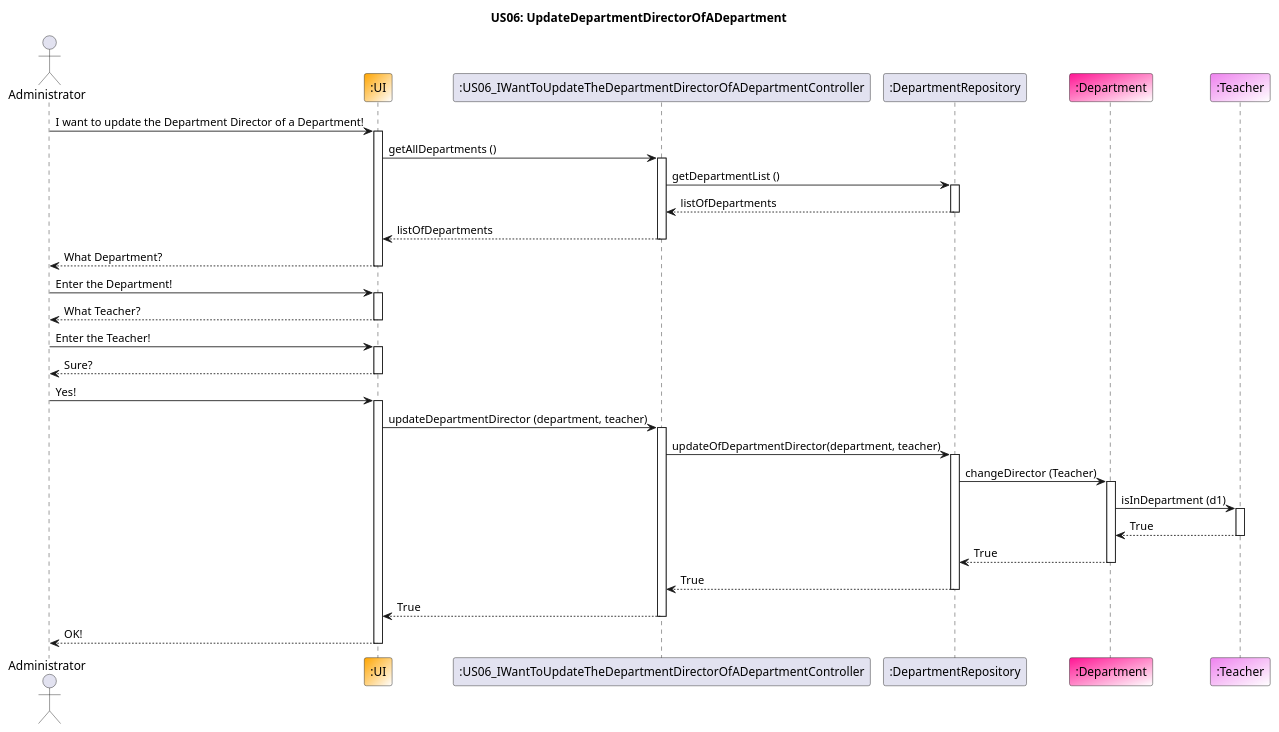
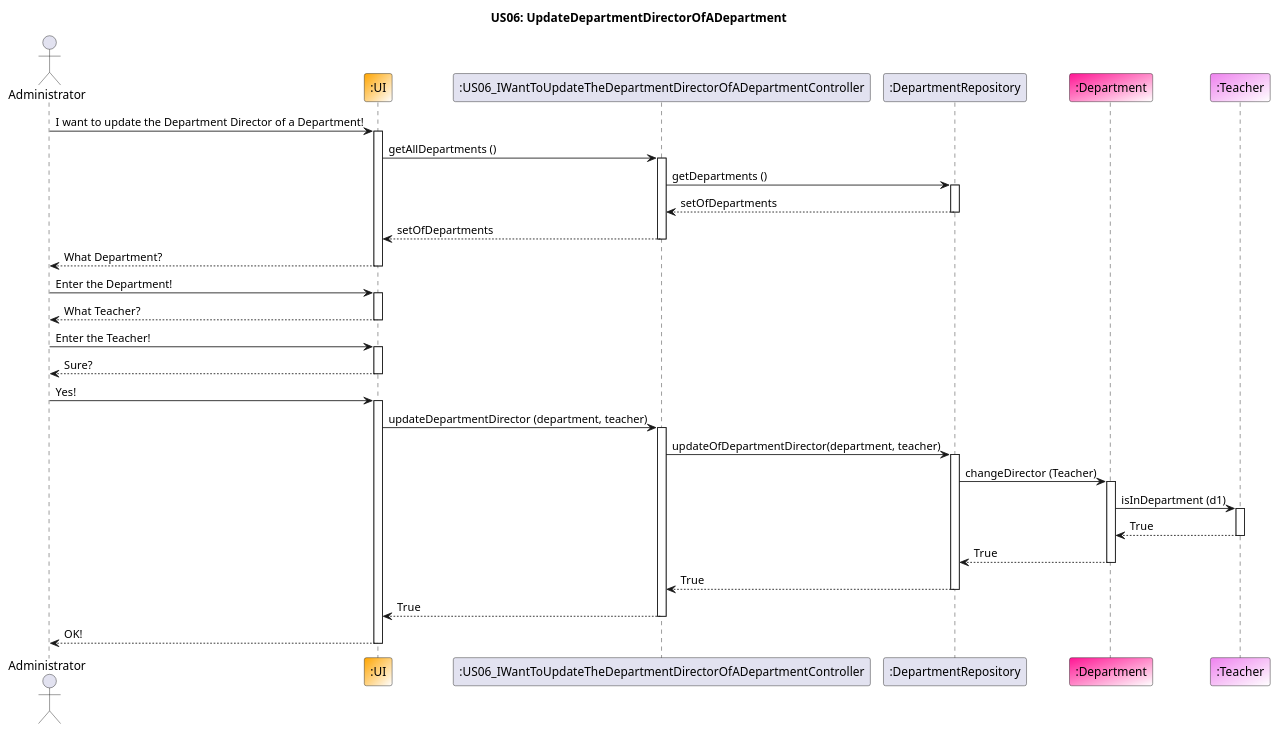
One commit to GasparISEP/DevOps-PAI changed the diagram in docs/US06/US06_UpdateDepartmentDirectorOfADepartment_SequenceDiagram.puml. Above: the diagram before and after it, drawn with PlantUML. The commit also changed 1 other file, not shown here.

Commit message:
Update US05 and US06 sequence diagrams to reflect DepartmentRepository's change from List to Set

```diff
--- a/docs/US06/US06_UpdateDepartmentDirectorOfADepartment_SequenceDiagram.puml
+++ b/docs/US06/US06_UpdateDepartmentDirectorOfADepartment_SequenceDiagram.puml
@@ -1,57 +1,57 @@
 @startuml
 title US06: UpdateDepartmentDirectorOfADepartment
 actor Administrator
 participant ":UI" as UI #Orange/White
 
 Administrator -> UI: I want to update the Department Director of a Department!
 activate UI
 participant ":US06_IWantToUpdateTheDepartmentDirectorOfADepartmentController" as Controller
 UI -> Controller: getAllDepartments ()
 activate Controller
 participant ":DepartmentRepository" as DepartmentRepository
-Controller -> DepartmentRepository: getDepartmentList ()
+Controller -> DepartmentRepository: getDepartments ()
 activate DepartmentRepository
-DepartmentRepository --> Controller: listOfDepartments
+DepartmentRepository --> Controller: setOfDepartments
 deactivate DepartmentRepository
-Controller --> UI: listOfDepartments
+Controller --> UI: setOfDepartments
 deactivate Controller
 
 UI --> Administrator: What Department?
 deactivate UI
 Administrator -> UI: Enter the Department!
 activate UI
 UI --> Administrator: What Teacher?
 deactivate UI
 Administrator -> UI: Enter the Teacher!
 activate UI
 UI --> Administrator: Sure?
 deactivate UI
 Administrator -> UI: Yes!
 activate UI
 
 UI -> Controller : updateDepartmentDirector (department, teacher)
 activate Controller
 participant ":DepartmentRepository" as DepartmentRepository
 Controller -> DepartmentRepository: updateOfDepartmentDirector(department, teacher)
 participant ":Department" as Department #DeepPink/White
 activate DepartmentRepository
 DepartmentRepository -> Department: changeDirector (Teacher)
 activate Department
 participant ":Teacher" as Teacher #Violet/White
 Department -> Teacher: isInDepartment (d1)
 activate Teacher
 Teacher --> Department: True
 deactivate Teacher
 Department --> DepartmentRepository: True
 deactivate Department
 DepartmentRepository --> Controller: True
 deactivate DepartmentRepository
 Controller --> UI: True
 deactivate Controller
 
 
 UI --> Administrator: OK!
 deactivate UI
 
 
 @enduml
```
